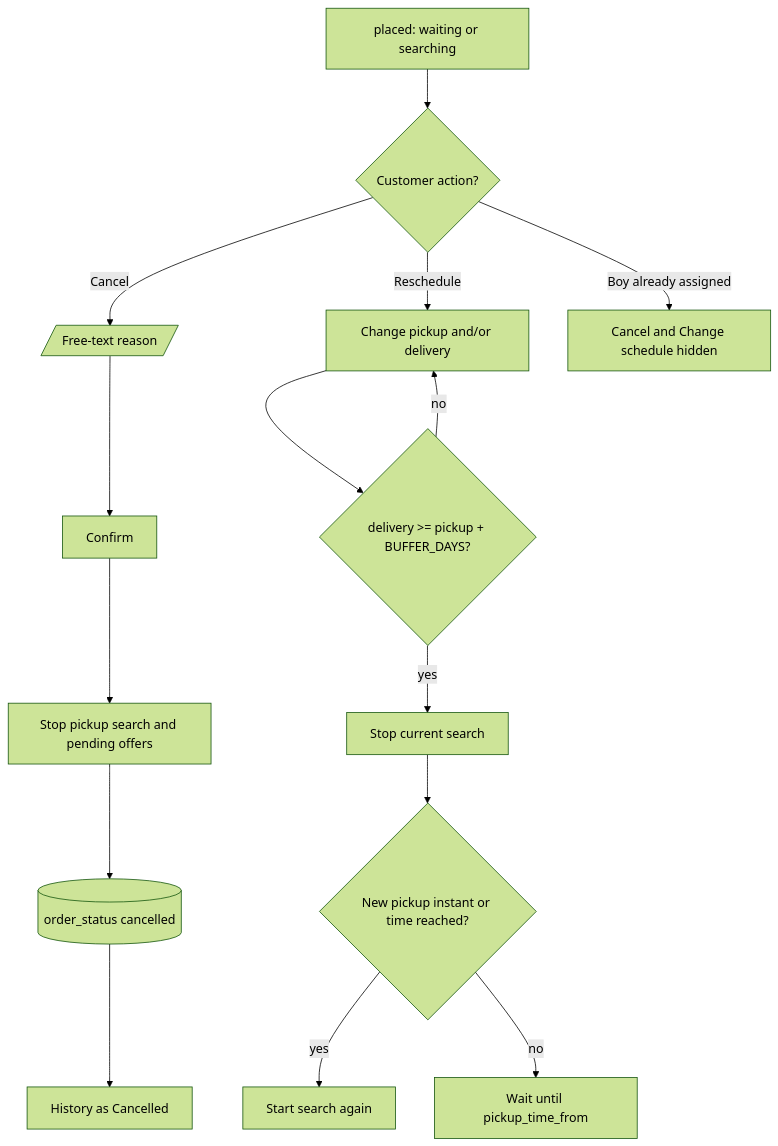
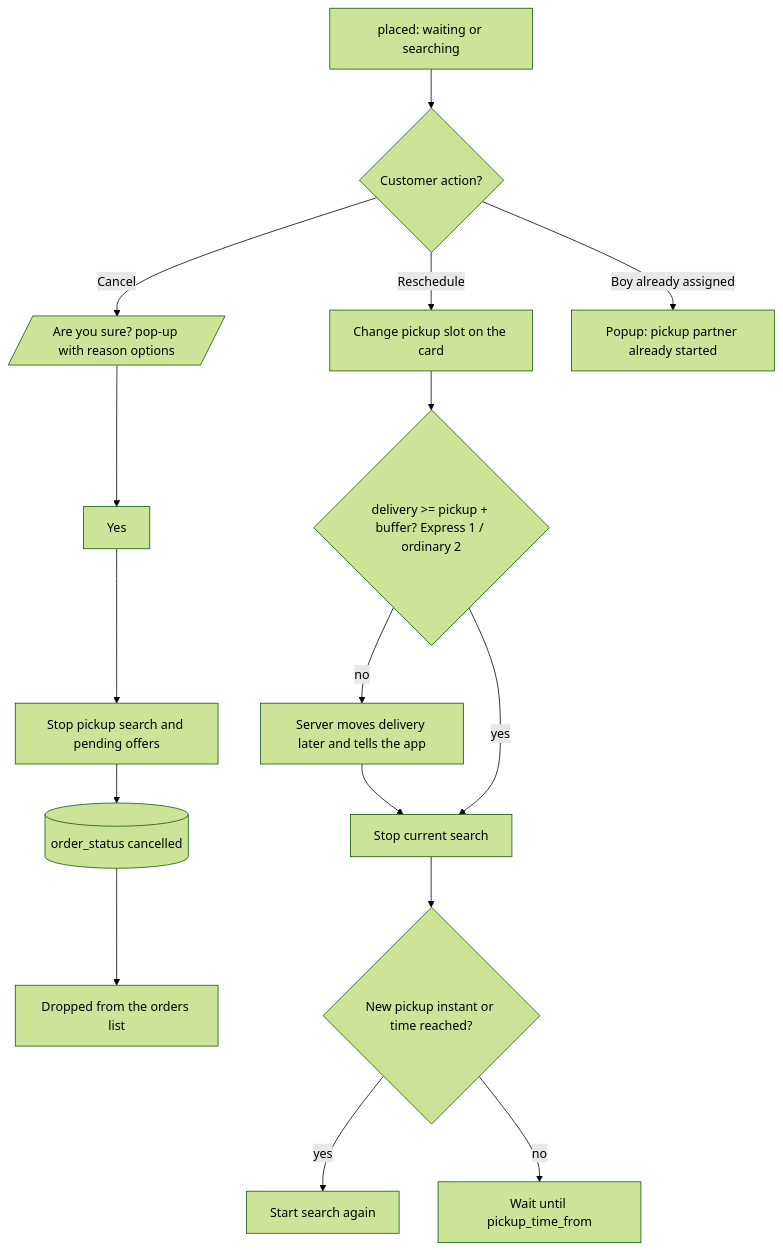
Before and after one commit to mohitUnico/laundry: the fourth of 11 diagrams in docs/order-flow-v2/diagrams/00-overview-pack.md, drawn with Mermaid (forest theme). The commit also changed other lines of this file and 46 other files, not shown here.

First line of the commit message:
feat(orders): align list and details UX with order-flow v2 cards and bill states

````diff
--- a/docs/order-flow-v2/diagrams/00-overview-pack.md
+++ b/docs/order-flow-v2/diagrams/00-overview-pack.md
@@ -110,17 +117,18 @@
 ```mermaid
 flowchart TB
   placed[placed: waiting or searching] --> act{Customer action?}
-  act -->|Cancel| reason[/Free-text reason/]
-  reason --> confC[Confirm]
+  act -->|Cancel| reason[/Are you sure? pop-up with reason options/]
+  reason --> confC[Yes]
   confC --> stopP[Stop pickup search and pending offers]
   stopP --> canx[(order_status cancelled)]
-  canx --> hist[History as Cancelled]
-  act -->|Reschedule| both[Change pickup and/or delivery]
-  both --> buf{delivery >= pickup + BUFFER_DAYS?}
-  buf -->|no| both
+  canx --> hist[Dropped from the orders list]
+  act -->|Reschedule| both[Change pickup slot on the card]
+  both --> buf{delivery >= pickup + buffer? Express 1 / ordinary 2}
+  buf -->|no| shift[Server moves delivery later and tells the app]
+  shift --> stop2
   buf -->|yes| stop2[Stop current search]
   stop2 --> when{New pickup instant or time reached?}
   when -->|yes| searchNow[Start search again]
   when -->|no| wait[Wait until pickup_time_from]
-  act -->|Boy already assigned| blocked[Cancel and Change schedule hidden]
+  act -->|Boy already assigned| blocked[Popup: pickup partner already started]
 ```
````
